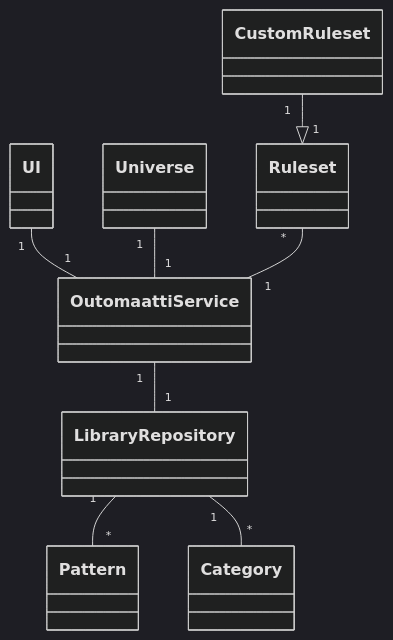
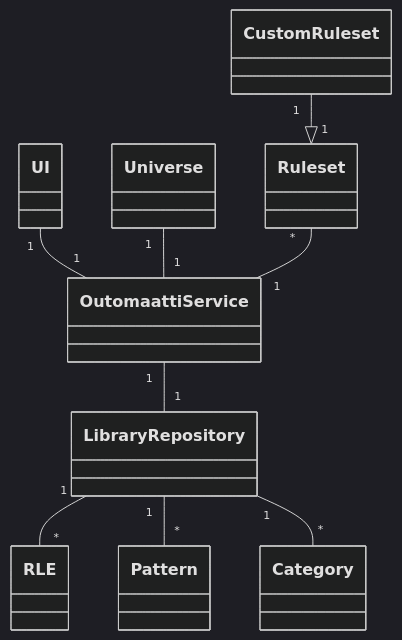
One commit to Aurala/ot-harjoitustyo changed the first of 2 diagrams in dokumentaatio/arkkitehtuuri.md. Above: the diagram before and after it, drawn with Mermaid (dark theme). The commit also changed other lines of this file and 9 other files, not shown here.

````diff
--- a/dokumentaatio/arkkitehtuuri.md
+++ b/dokumentaatio/arkkitehtuuri.md
@@ -55,10 +61,11 @@
 ```mermaid
 classDiagram
     UI "1" -- "1" OutomaattiService
     Universe "1" -- "1" OutomaattiService
     OutomaattiService "1" -- "1" LibraryRepository
+    LibraryRepository "1" -- "*" RLE
     LibraryRepository "1" -- "*" Pattern
     LibraryRepository "1" -- "*" Category
     Ruleset "*" -- "1" OutomaattiService
     CustomRuleset "1" --|> "1" Ruleset
 ```
````
